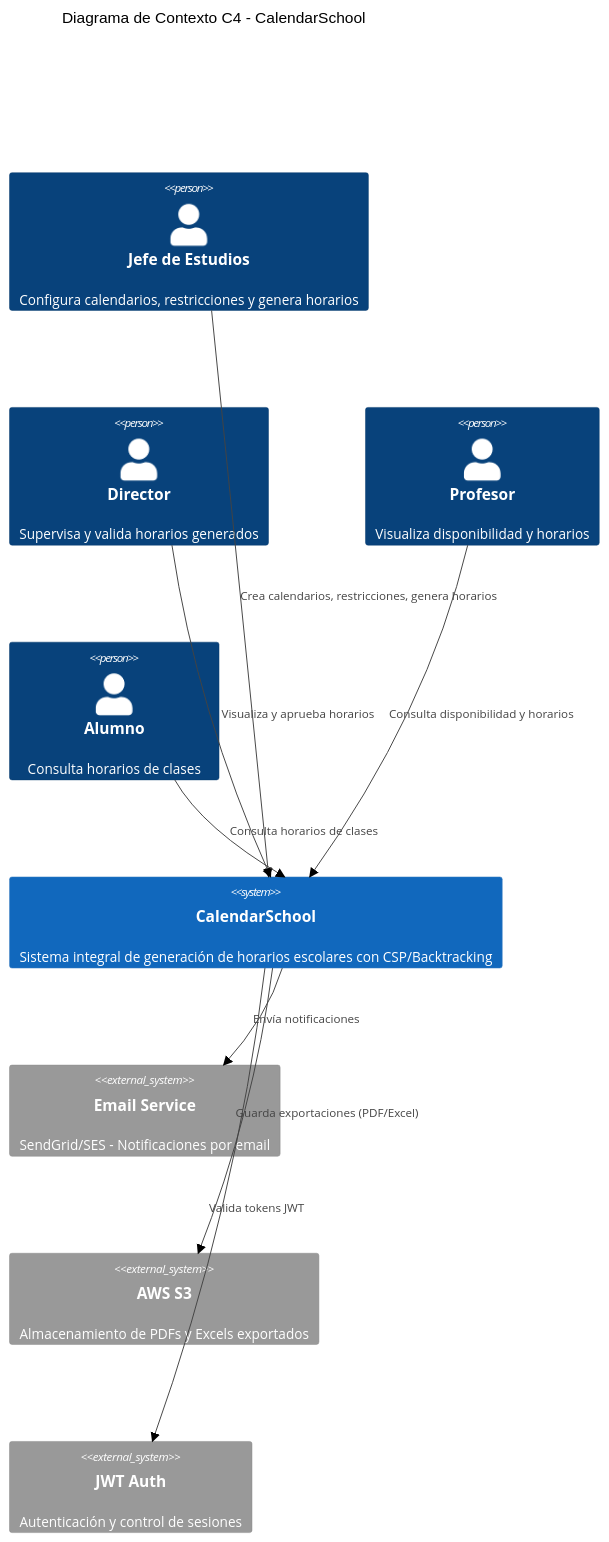
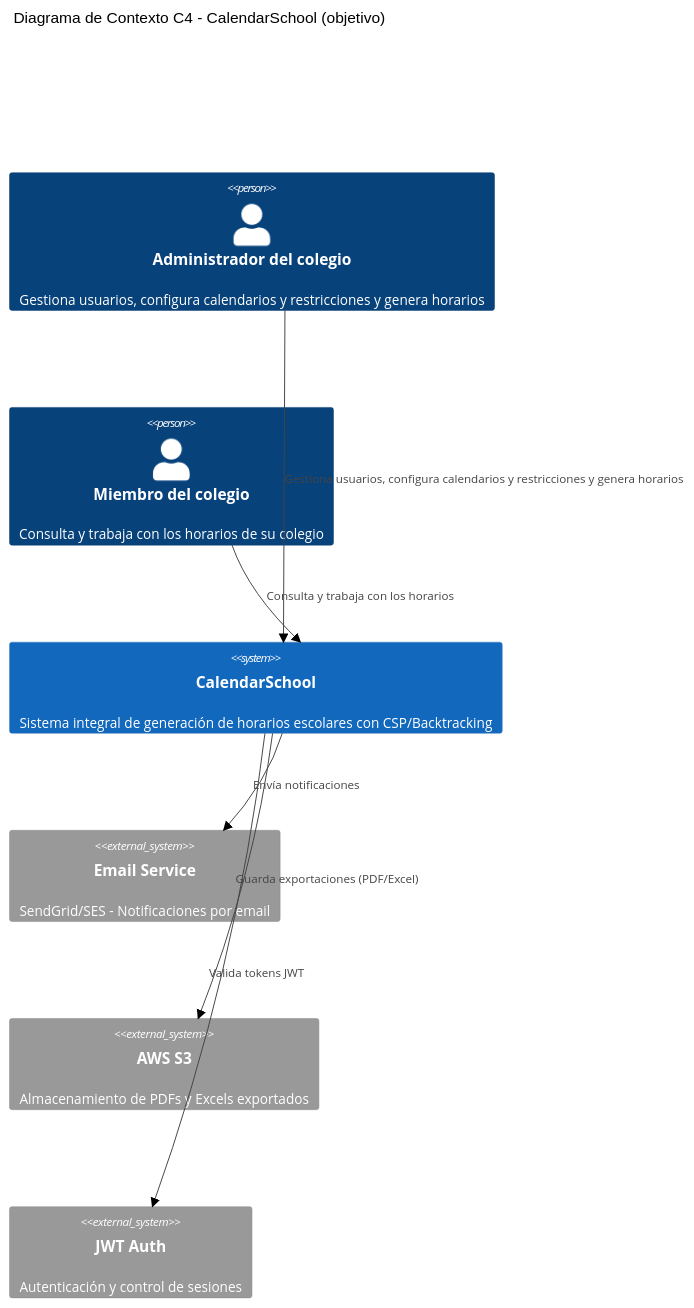
The eighth of 12 diagrams in docs/arquitectura/DIAGRAMA_C4.md (kiketon007/CalendarSchool), drawn with Mermaid (neutral theme) before and after one commit. The commit also changed other lines of this file and 4 other files, not shown here.

First line of the commit message:
docs: actualizar la arquitectura con lo implementado y separar el objetivo

````diff
--- a/docs/arquitectura/DIAGRAMA_C4.md
+++ b/docs/arquitectura/DIAGRAMA_C4.md
@@ -5,24 +260,20 @@
 ```mermaid
 C4Context
-    title Diagrama de Contexto C4 - CalendarSchool
+    title Diagrama de Contexto C4 - CalendarSchool (objetivo)
 
-    Person(jefe_estudios, "Jefe de Estudios", "Configura calendarios, restricciones y genera horarios")
-    Person(director, "Director", "Supervisa y valida horarios generados")
-    Person(profesor, "Profesor", "Visualiza disponibilidad y horarios")
-    Person(alumno, "Alumno", "Consulta horarios de clases")
+    Person(admin, "Administrador del colegio", "Gestiona usuarios, configura calendarios y restricciones y genera horarios")
+    Person(member, "Miembro del colegio", "Consulta y trabaja con los horarios de su colegio")
 
     System(calendarschool, "CalendarSchool", "Sistema integral de generación de horarios escolares con CSP/Backtracking")
 
     System_Ext(email_service, "Email Service", "SendGrid/SES - Notificaciones por email")
     System_Ext(storage_service, "AWS S3", "Almacenamiento de PDFs y Excels exportados")
     System_Ext(auth_provider, "JWT Auth", "Autenticación y control de sesiones")
 
-    Rel(jefe_estudios, calendarschool, "Crea calendarios, restricciones, genera horarios")
-    Rel(director, calendarschool, "Visualiza y aprueba horarios")
-    Rel(profesor, calendarschool, "Consulta disponibilidad y horarios")
-    Rel(alumno, calendarschool, "Consulta horarios de clases")
+    Rel(admin, calendarschool, "Gestiona usuarios, configura calendarios y restricciones y genera horarios")
+    Rel(member, calendarschool, "Consulta y trabaja con los horarios")
 
     Rel(calendarschool, email_service, "Envía notificaciones")
     Rel(calendarschool, storage_service, "Guarda exportaciones (PDF/Excel)")
     Rel(calendarschool, auth_provider, "Valida tokens JWT")
 ```
````
